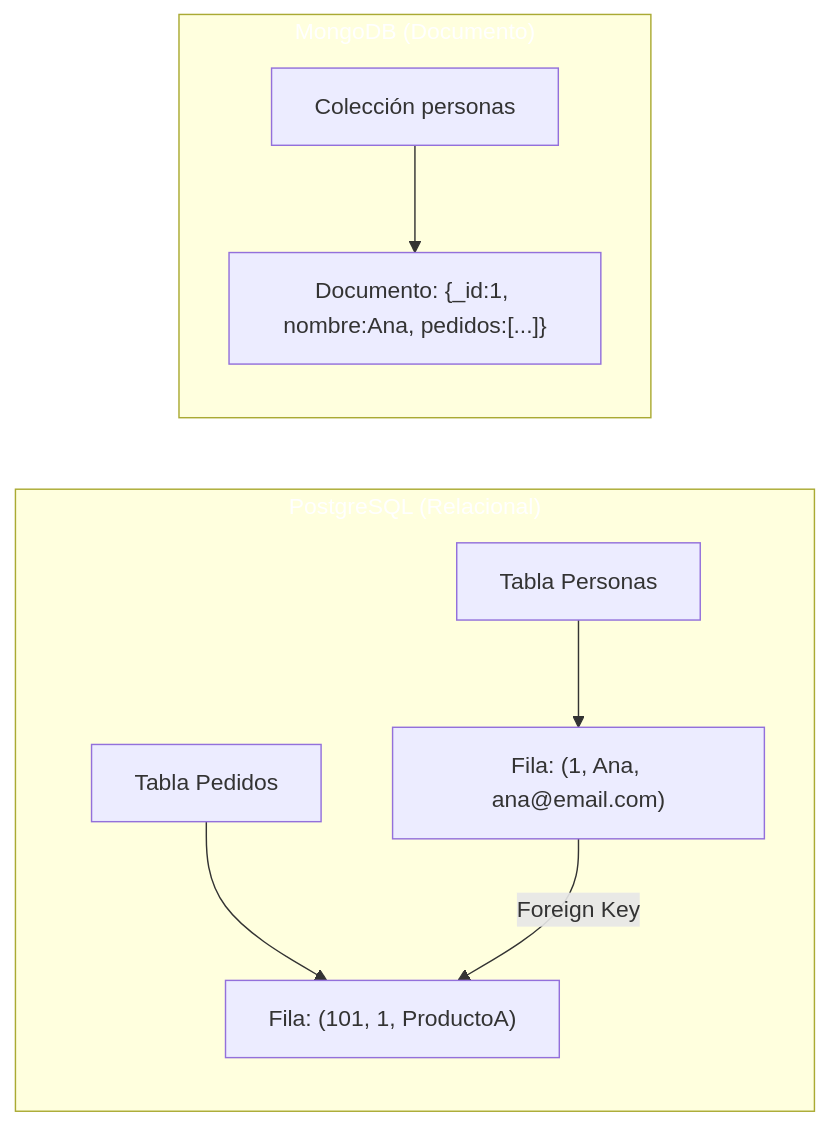
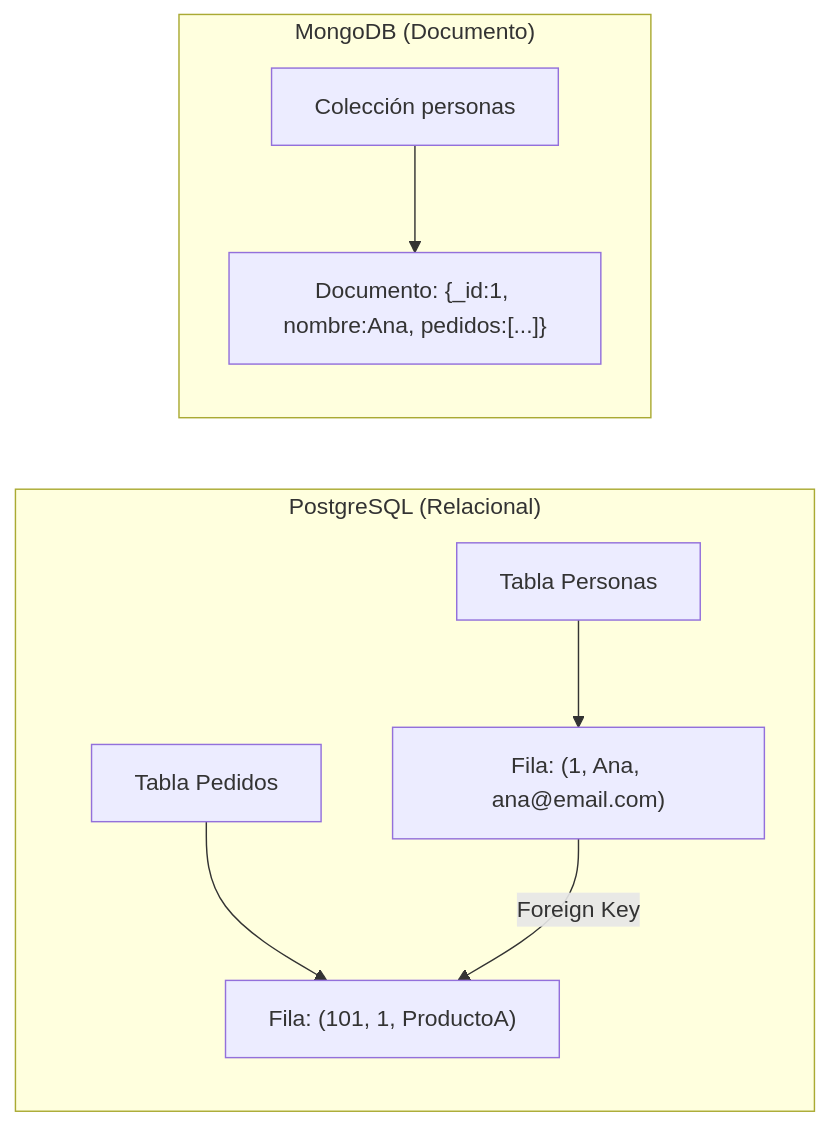
One commit to joseluisgs/DesarrolloWebEntornosServidor-01-2026-2027 changed the tenth of 14 diagrams in 21-sql-nosql.md. Above: the diagram before and after it, drawn with Mermaid. The commit also changed other lines of this file and 15 other files, not shown here.

Commit message:
docs: quitar el relleno a los subgraf de los diagramas y corregir comillas y rayas sueltas

````diff
--- a/21-sql-nosql.md
+++ b/21-sql-nosql.md
@@ -1328,15 +1319,13 @@
 ```mermaid
 graph LR
     subgraph SQL["PostgreSQL (Relacional)"]
         T1["Tabla Personas"] --> R1["Fila: (1, Ana, ana@email.com)"]
         T2["Tabla Pedidos"] --> R2["Fila: (101, 1, ProductoA)"]
         R1 -->|"Foreign Key"| R2
     end
 
     subgraph NOSQL["MongoDB (Documento)"]
         C1["Colección personas"] --> D1["Documento: {_id:1, nombre:Ana, pedidos:[...]}"]
     end
 
-    style SQL fill:#2196F,color:#fff3,color:#fff
-    style NOSQL fill:#FF980,color:#fff0,color:#fff
 ```
````
